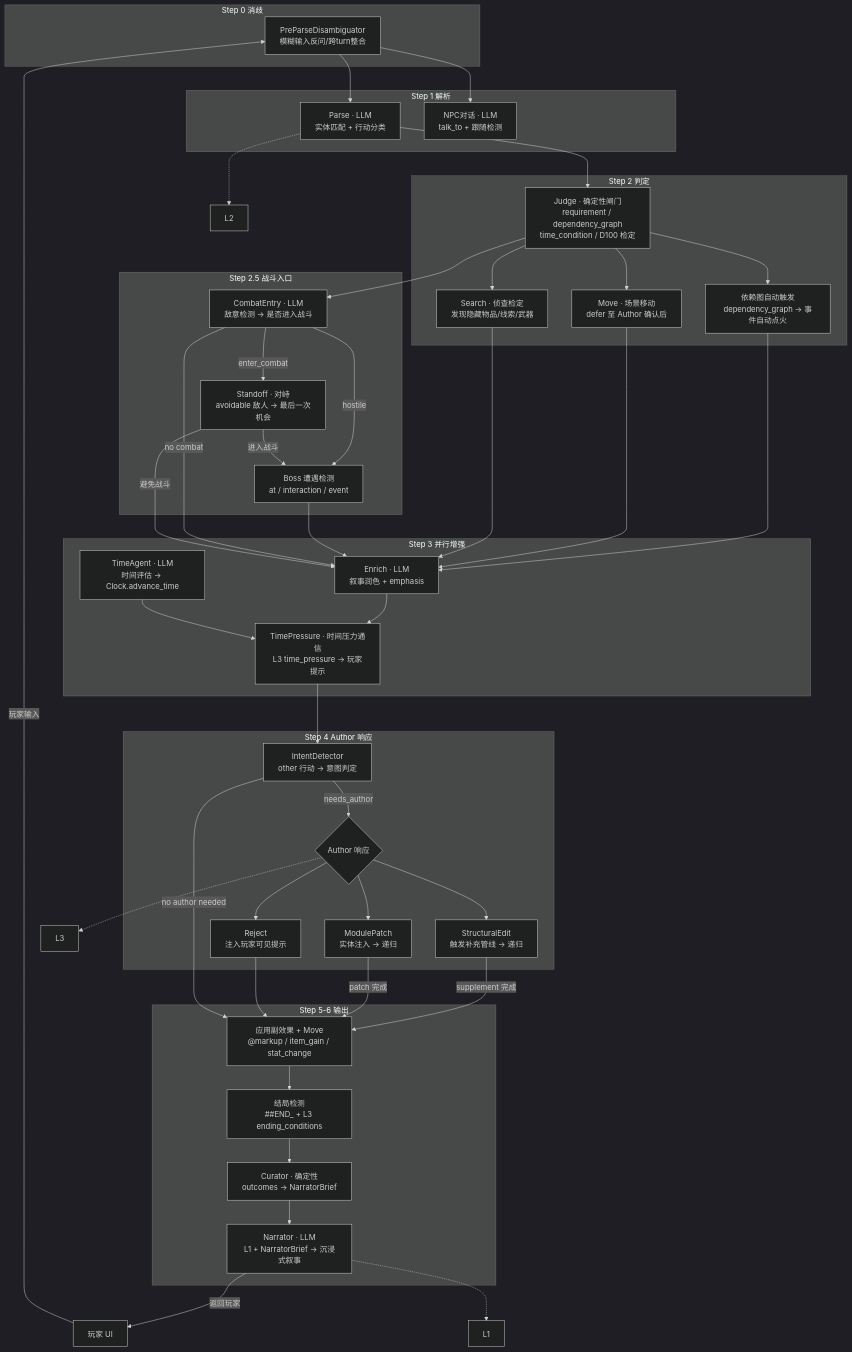
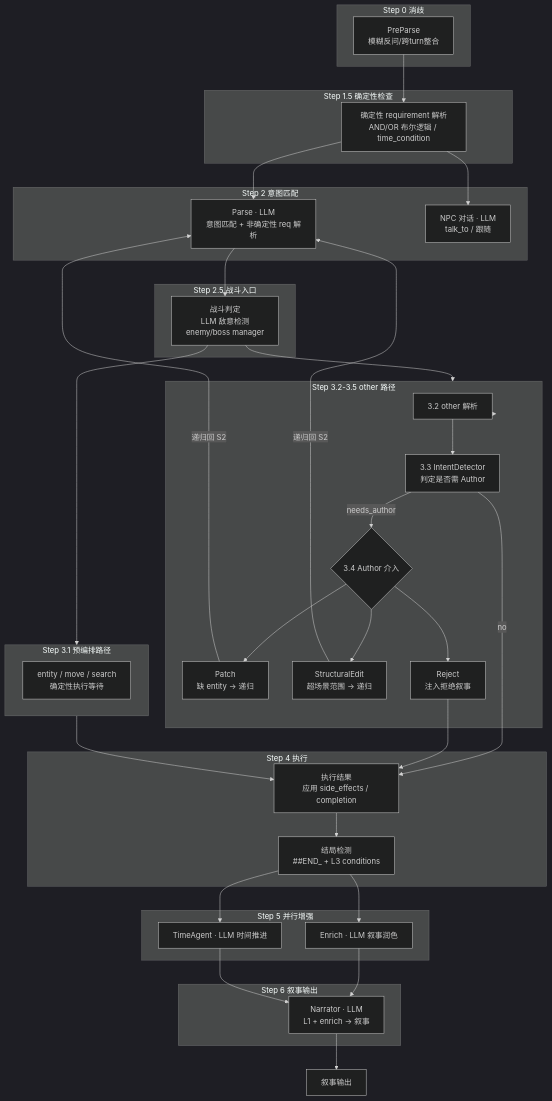
The third of 3 diagrams in readme.md (Yuxuan1609/TRPG_Simulator_Showcase), drawn with Mermaid (dark theme) before and after one commit. The commit also changed other lines of this file, not shown here.

````diff
--- a/readme.md
+++ b/readme.md
@@ -185,81 +185,70 @@
 ```mermaid
 flowchart TB
-    subgraph Step0[Step 0 消歧]
-        PreParse[PreParseDisambiguator<br/>模糊输入反问/跨turn整合]
+    subgraph S0[Step 0 消歧]
+        Pre[PreParse<br/>模糊反问/跨turn整合]
     end
 
-    subgraph Step1[Step 1 解析]
-        Parse[Parse · LLM<br/>实体匹配 + 行动分类]
-        NPCDialogue[NPC对话 · LLM<br/>talk_to + 跟随检测]
+    subgraph S15[Step 1.5 确定性检查]
+        DetReq[确定性 requirement 解析<br/>AND/OR 布尔逻辑 / time_condition]
     end
 
-    subgraph Step2[Step 2 判定]
-        Judge[Judge · 确定性闸门<br/>requirement / dependency_graph<br/>time_condition / D100 检定]
-        Search[Search · 侦查检定<br/>发现隐藏物品/线索/武器]
-        Move[Move · 场景移动<br/>defer 至 Author 确认后]
-        DepFire[依赖图自动触发<br/>dependency_graph → 事件自动点火]
+    subgraph S2[Step 2 意图匹配]
+        Parse[Parse · LLM<br/>意图匹配 + 非确定性 req 解析]
+        NPC[NPC 对话 · LLM<br/>talk_to / 跟随]
     end
 
-    subgraph Step25[Step 2.5 战斗入口]
-        CombatEntry[CombatEntry · LLM<br/>敌意检测 → 是否进入战斗]
-        Standoff[Standoff · 对峙<br/>avoidable 敌人 → 最后一次机会]
-        BossCheck[Boss 遭遇检测<br/>at / interaction / event]
+    subgraph S25[Step 2.5 战斗入口]
+        Combat[战斗判定<br/>LLM 敌意检测<br/>enemy/boss manager]
     end
 
-    subgraph Step3[Step 3 并行增强]
-        Enrich[Enrich · LLM<br/>叙事润色 + emphasis]
-        TimeAgent[TimeAgent · LLM<br/>时间评估 → Clock.advance_time]
-        TimeComm[TimePressure · 时间压力通信<br/>L3 time_pressure → 玩家提示]
+    subgraph S31[Step 3.1 预编排路径]
+        Entity[entity / move / search<br/>确定性执行等待]
     end
 
-    subgraph Step4[Step 4 Author 响应]
-        IntentDetect[IntentDetector<br/>other 行动 → 意图判定]
-        AuthorResp{Author 响应}
-        Structural[StructuralEdit<br/>触发补充管线 → 递归]
-        Patch[ModulePatch<br/>实体注入 → 递归]
-        Reject[Reject<br/>注入玩家可见提示]
+    subgraph S32[Step 3.2-3.5 other 路径]
+        Other[3.2 other 解析]
+        ID[3.3 IntentDetector<br/>判定是否需 Author]
+        Author{3.4 Author 介入}
+        Patch[Patch<br/>缺 entity → 递归]
+        Structural[StructuralEdit<br/>超场景范围 → 递归]
+        Reject[Reject<br/>注入拒绝叙事]
     end
 
-    subgraph Step5[Step 5-6 输出]
-        SideEffects[应用副效果 + Move<br/>@markup / item_gain / stat_change]
-        Ending[结局检测<br/>##END_ + L3 ending_conditions]
-        Curate[Curator · 确定性<br/>outcomes → NarratorBrief]
-        Narrator[Narrator · LLM<br/>L1 + NarratorBrief → 沉浸式叙事]
+    subgraph S4[Step 4 执行]
+        Exec[执行结果<br/>应用 side_effects / completion]
+        Ending[结局检测<br/>##END_ + L3 conditions]
     end
 
-    PreParse --> Parse
-    PreParse --> NPCDialogue
-    Parse --> Judge
-    Judge --> Search
-    Judge --> Move
-    Judge --> DepFire
-    Judge --> CombatEntry
-    CombatEntry -->|enter_combat| Standoff
-    CombatEntry -->|hostile| BossCheck
-    Standoff -->|进入战斗| BossCheck
-    DepFire --> Enrich
-    Move --> Enrich
-    Search --> Enrich
-    BossCheck --> Enrich
-    CombatEntry -->|no combat| Enrich
-    Standoff -->|避免战斗| Enrich
-    Enrich & TimeAgent --> TimeComm
-    TimeComm --> IntentDetect
-    IntentDetect -->|needs_author| AuthorResp
-    AuthorResp --> Structural
-    AuthorResp --> Patch
-    AuthorResp --> Reject
-    Structural -->|supplement 完成| SideEffects
-    Patch -->|patch 完成| SideEffects
-    Reject --> SideEffects
-    IntentDetect -->|no author needed| SideEffects
-    SideEffects --> Ending
-    Ending --> Curate
-    Curate --> Narrator
-    Narrator -->|返回玩家| UI[玩家 UI]
+    subgraph S5[Step 5 并行增强]
+        Enrich[Enrich · LLM 叙事润色]
+        Time[TimeAgent · LLM 时间推进]
+    end
 
-    UI -->|玩家输入| PreParse
-    Narrator -.-> L1
-    AuthorResp -.-> L3
-    Parse -.-> L2
+    subgraph S6[Step 6 叙事输出]
+        Narrator[Narrator · LLM<br/>L1 + enrich → 叙事]
+    end
+
+    Pre --> DetReq
+    DetReq --> Parse
+    DetReq --> NPC
+    Parse --> Combat
+    Combat --> S31 & S32
+
+    S31 --> Exec
+
+    S32 --> Other --> ID
+    ID -->|needs_author| Author
+    ID -->|no| Exec
+    Author --> Patch
+    Author --> Structural
+    Author --> Reject
+    Patch -->|递归回 S2| Parse
+    Structural -->|递归回 S2| Parse
+    Reject --> Exec
+
+    Exec --> Ending
+    Ending --> Enrich
+    Ending --> Time
+    Enrich & Time --> Narrator
+    Narrator --> Out[叙事输出]
 ```
````
